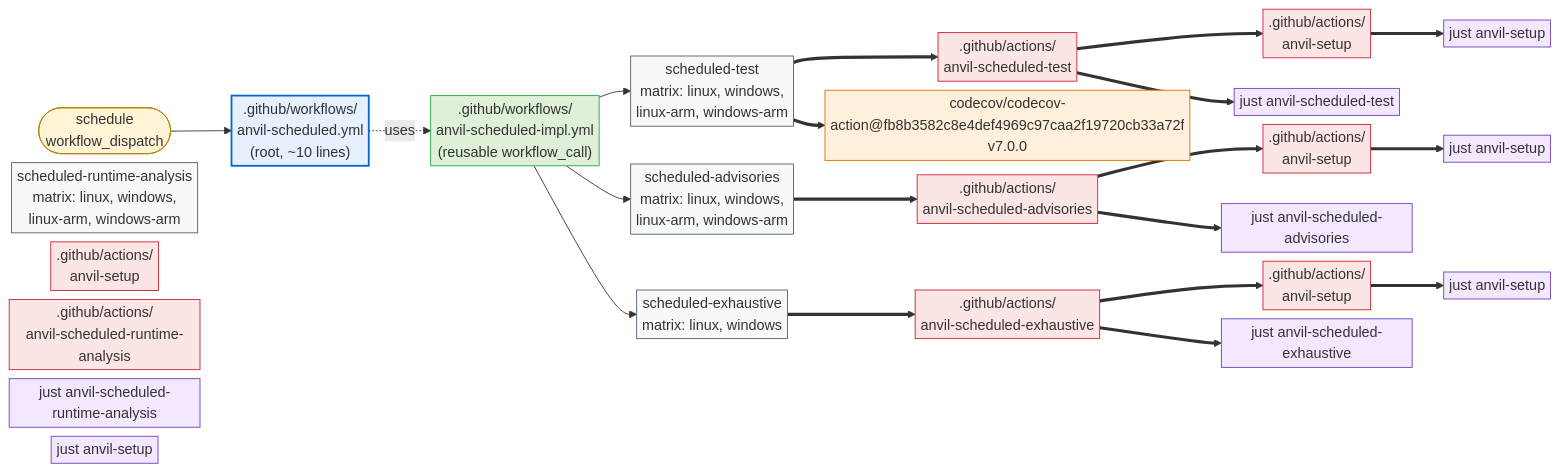
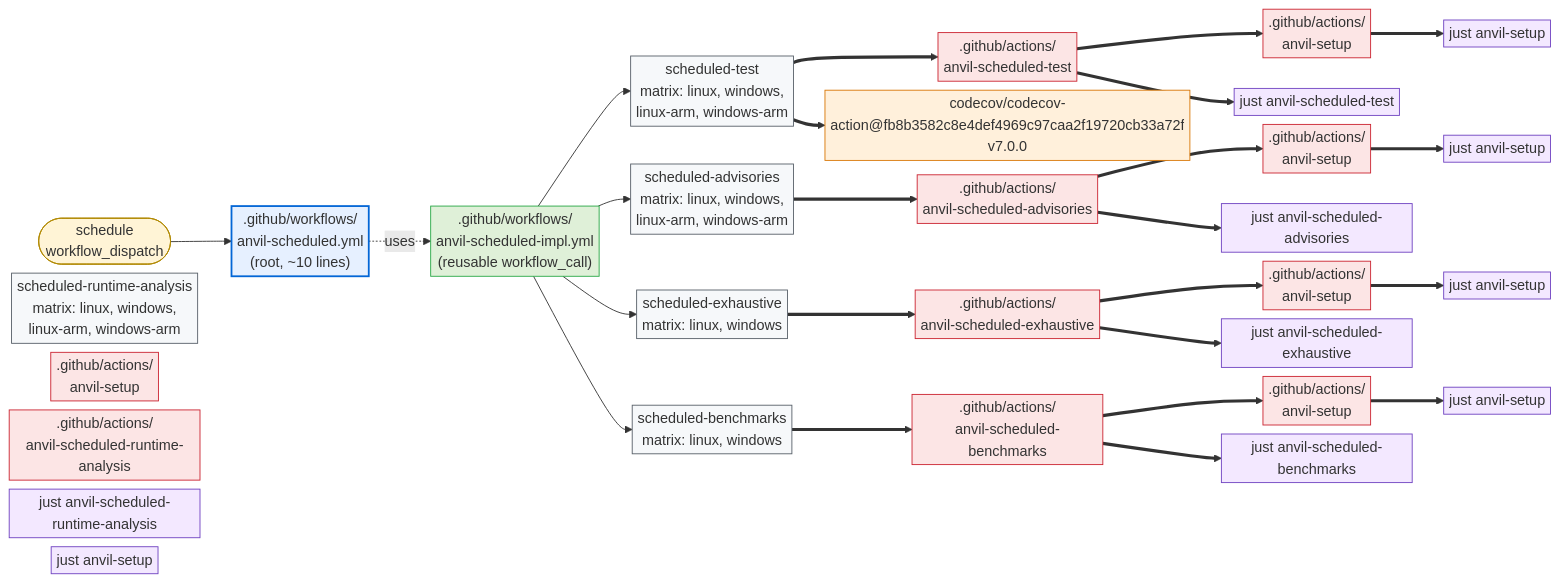
One commit to microsoft/ox-tools changed the second of 2 diagrams in crates/cargo-anvil/docs/design/github.md. Above: the diagram before and after it, drawn with Mermaid. The commit also changed other lines of this file and 3 other files, not shown here.

First line of the commit message:
docs(cargo-anvil): reflect the scheduled-benchmarks group in diagrams and catalog

````diff
--- a/crates/cargo-anvil/docs/design/github.md
+++ b/crates/cargo-anvil/docs/design/github.md
@@ -121,58 +121,64 @@
 ```mermaid
 %%{init: {"flowchart": {"nodeSpacing": 10, "rankSpacing": 35, "padding": 3}, "themeVariables": {"fontSize": "16px"}}}%%
 flowchart LR
     sched_evt([schedule<br/>workflow_dispatch]):::trigger
     sched_root[".github/workflows/<br/>anvil-scheduled.yml<br/>(root, ~10 lines)"]:::root
     sched_impl[".github/workflows/<br/>anvil-scheduled-impl.yml<br/>(reusable workflow_call)"]:::impl
     stest_job["scheduled-test<br/>matrix: linux, windows,<br/>linux-arm, windows-arm"]:::job
     sadv_job["scheduled-advisories<br/>matrix: linux, windows,<br/>linux-arm, windows-arm"]:::job
     srun_job["scheduled-runtime-analysis<br/>matrix: linux, windows,<br/>linux-arm, windows-arm"]:::job
     sexh_job["scheduled-exhaustive<br/>matrix: linux, windows"]:::job
     stest_setup[".github/actions/<br/>anvil-setup"]:::action
     sadv_setup[".github/actions/<br/>anvil-setup"]:::action
     srun_setup[".github/actions/<br/>anvil-setup"]:::action
     sexh_setup[".github/actions/<br/>anvil-setup"]:::action
     stest_act[".github/actions/<br/>anvil-scheduled-test"]:::action
     sadv_act[".github/actions/<br/>anvil-scheduled-advisories"]:::action
     srun_act[".github/actions/<br/>anvil-scheduled-runtime-analysis"]:::action
     sexh_act[".github/actions/<br/>anvil-scheduled-exhaustive"]:::action
     codecov_act["codecov/codecov-action@fb8b3582c8e4def4969c97caa2f19720cb33a72f<br/>v7.0.0"]:::external
     stest_just["just anvil-scheduled-test"]:::recipe
     stest_setup_just["just anvil-setup"]:::recipe
     sadv_just["just anvil-scheduled-advisories"]:::recipe
     sadv_setup_just["just anvil-setup"]:::recipe
     srun_just["just anvil-scheduled-runtime-analysis"]:::recipe
     srun_setup_just["just anvil-setup"]:::recipe
     sexh_just["just anvil-scheduled-exhaustive"]:::recipe
     sexh_setup_just["just anvil-setup"]:::recipe
 
     sched_evt --> sched_root
     sched_root -. uses .-> sched_impl
     sched_impl --> stest_job
     sched_impl --> sadv_job
     sched_impl --> sexh_job
 
     stest_job ==> stest_act
     stest_job ==> codecov_act
     sadv_job ==> sadv_act
     sexh_job ==> sexh_act
 
     stest_act ==> stest_setup
     stest_act ==> stest_just
     sadv_act ==> sadv_setup
     sadv_act ==> sadv_just
     sexh_act ==> sexh_setup
     sexh_act ==> sexh_just
 
     stest_setup ==> stest_setup_just
     sadv_setup ==> sadv_setup_just
     sexh_setup ==> sexh_setup_just
 
+    sched_impl --> sbench_job["scheduled-benchmarks<br/>matrix: linux, windows"]:::job
+    sbench_job ==> sbench_act[".github/actions/<br/>anvil-scheduled-benchmarks"]:::action
+    sbench_act ==> sbench_setup[".github/actions/<br/>anvil-setup"]:::action
+    sbench_act ==> sbench_just["just anvil-scheduled-benchmarks"]:::recipe
+    sbench_setup ==> sbench_setup_just["just anvil-setup"]:::recipe
+
     classDef trigger fill:#fff4d6,stroke:#b08800,stroke-width:1px;
     classDef root fill:#e6f0ff,stroke:#0366d6,stroke-width:2px;
     classDef impl fill:#dff0d8,stroke:#28a745,stroke-width:1px;
     classDef job fill:#f6f8fa,stroke:#586069,stroke-width:1px;
     classDef action fill:#fce5e5,stroke:#cb2431,stroke-width:1px;
     classDef external fill:#fff0db,stroke:#d97706,stroke-width:1px;
     classDef recipe fill:#f3e8ff,stroke:#6f42c1,stroke-width:1px;
 ```
````
